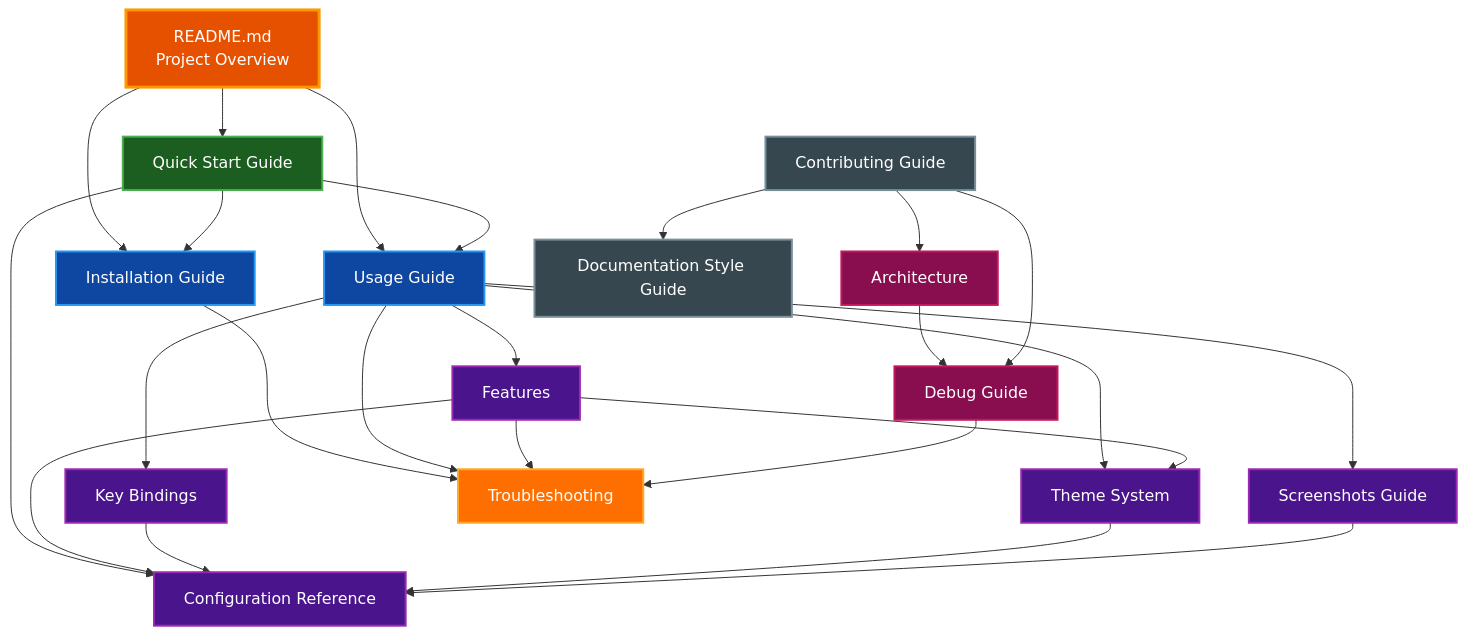
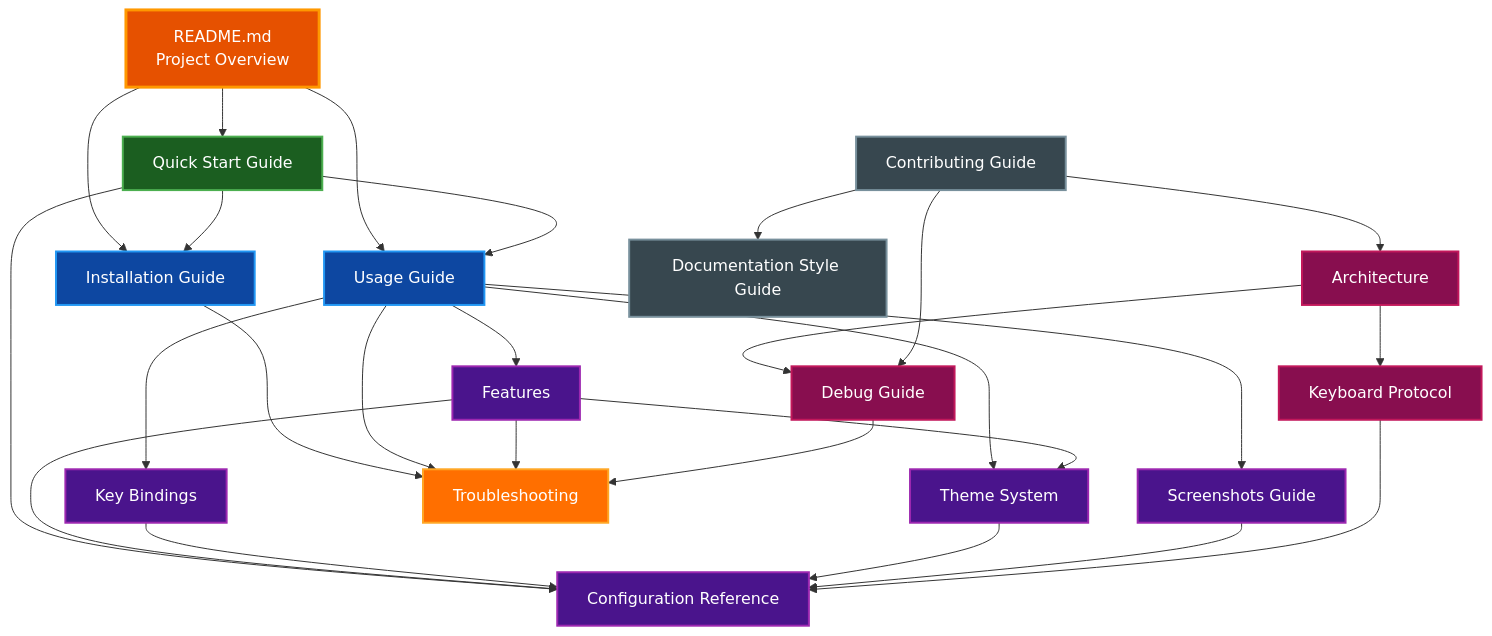
Before and after one commit to paulrobello/par-term-emu-tui-rust: the diagram in docs/README.md, drawn with Mermaid. The commit also changed other lines of this file and 13 other files, not shown here.

````diff
--- a/docs/README.md
+++ b/docs/README.md
@@ -123,62 +132,66 @@
 ```mermaid
 graph TD
     README[README.md<br/>Project Overview]
     QS[Quick Start Guide]
     Install[Installation Guide]
     Usage[Usage Guide]
     Features[Features]
     KeyBindings[Key Bindings]
     Config[Configuration Reference]
     Themes[Theme System]
     Screenshots[Screenshots Guide]
     Arch[Architecture]
+    Keyboard[Keyboard Protocol]
     Debug[Debug Guide]
     Trouble[Troubleshooting]
     Style[Documentation Style Guide]
     Contributing[Contributing Guide]
 
     README --> QS
     README --> Install
     README --> Usage
 
     QS --> Install
     QS --> Usage
     QS --> Config
 
     Usage --> Features
     Usage --> KeyBindings
     Usage --> Themes
     Usage --> Screenshots
 
     Features --> Config
     Features --> Themes
     KeyBindings --> Config
     Themes --> Config
     Screenshots --> Config
+    Keyboard --> Config
 
     Install --> Trouble
     Usage --> Trouble
     Features --> Trouble
 
     Arch --> Debug
+    Arch --> Keyboard
     Debug --> Trouble
 
     Contributing --> Arch
     Contributing --> Debug
     Contributing --> Style
 
     style README fill:#e65100,stroke:#ff9800,stroke-width:3px,color:#ffffff
     style QS fill:#1b5e20,stroke:#4caf50,stroke-width:2px,color:#ffffff
     style Install fill:#0d47a1,stroke:#2196f3,stroke-width:2px,color:#ffffff
     style Usage fill:#0d47a1,stroke:#2196f3,stroke-width:2px,color:#ffffff
     style Features fill:#4a148c,stroke:#9c27b0,stroke-width:2px,color:#ffffff
     style KeyBindings fill:#4a148c,stroke:#9c27b0,stroke-width:2px,color:#ffffff
     style Config fill:#4a148c,stroke:#9c27b0,stroke-width:2px,color:#ffffff
     style Themes fill:#4a148c,stroke:#9c27b0,stroke-width:2px,color:#ffffff
     style Screenshots fill:#4a148c,stroke:#9c27b0,stroke-width:2px,color:#ffffff
     style Arch fill:#880e4f,stroke:#c2185b,stroke-width:2px,color:#ffffff
+    style Keyboard fill:#880e4f,stroke:#c2185b,stroke-width:2px,color:#ffffff
     style Debug fill:#880e4f,stroke:#c2185b,stroke-width:2px,color:#ffffff
     style Trouble fill:#ff6f00,stroke:#ffa726,stroke-width:2px,color:#ffffff
     style Style fill:#37474f,stroke:#78909c,stroke-width:2px,color:#ffffff
     style Contributing fill:#37474f,stroke:#78909c,stroke-width:2px,color:#ffffff
 ```
````
